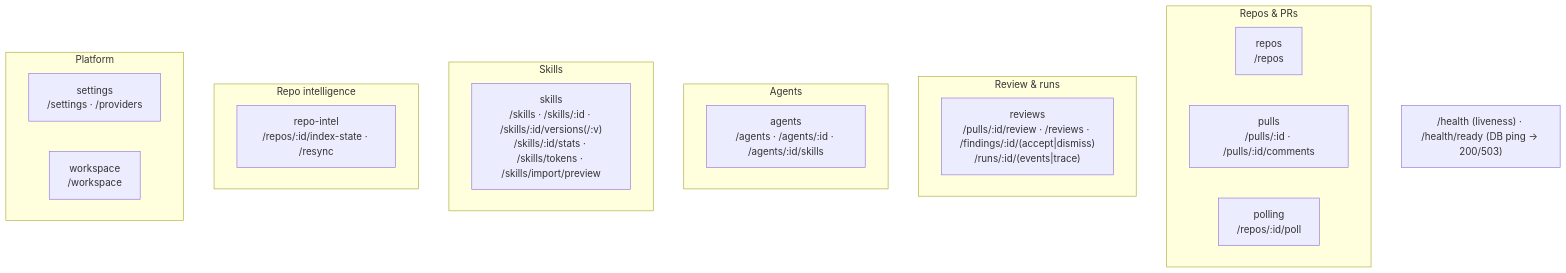
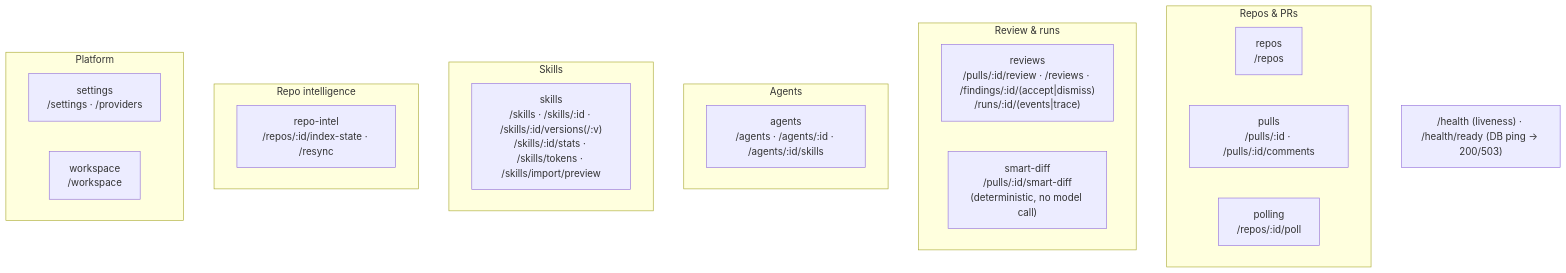
The second of 2 diagrams in server/README.md (Svyat90/dev-digest), drawn with Mermaid before and after one commit. The commit also changed 7 other files, not shown here.

Commit message:
docs(smart-diff): add the Smart Diff spec and index it across packages

````diff
--- a/server/README.md
+++ b/server/README.md
@@ -64,25 +64,26 @@
 ```mermaid
 flowchart TB
   subgraph Repos_PRs["Repos & PRs"]
     repos["repos<br/>/repos"]
     pulls["pulls<br/>/pulls/:id · /pulls/:id/comments"]
     polling["polling<br/>/repos/:id/poll"]
   end
   subgraph Review["Review & runs"]
     reviews["reviews<br/>/pulls/:id/review · /reviews · /findings/:id/(accept|dismiss)<br/>/runs/:id/(events|trace)"]
+    smartDiff["smart-diff<br/>/pulls/:id/smart-diff<br/>(deterministic, no model call)"]
   end
   subgraph Agents["Agents"]
     agents["agents<br/>/agents · /agents/:id · /agents/:id/skills"]
   end
   subgraph Skills["Skills"]
     skills["skills<br/>/skills · /skills/:id · /skills/:id/versions(/:v)<br/>/skills/:id/stats · /skills/tokens · /skills/import/preview"]
   end
   subgraph Intel["Repo intelligence"]
     repoIntel["repo-intel<br/>/repos/:id/index-state · /resync"]
   end
   subgraph Platform["Platform"]
     settings["settings<br/>/settings · /providers"]
     workspace["workspace<br/>/workspace"]
   end
   HEALTH["/health (liveness) · /health/ready (DB ping → 200/503)"]
 ```
````
